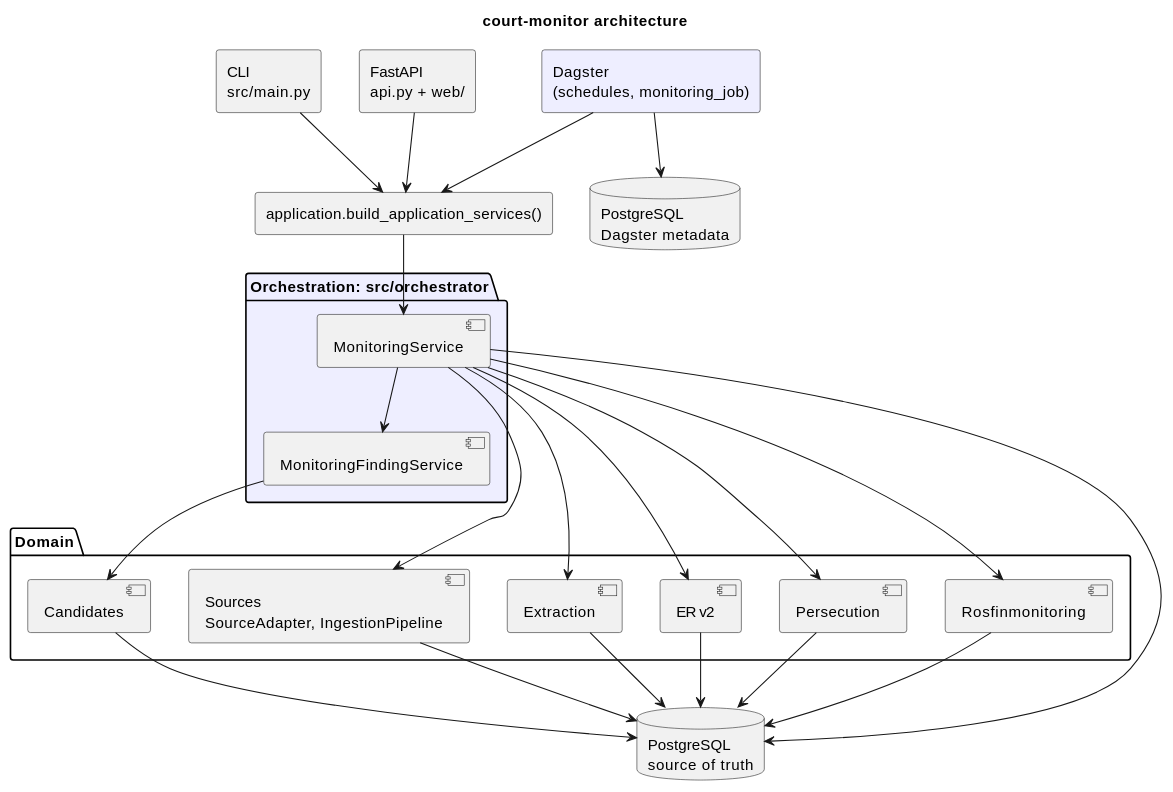
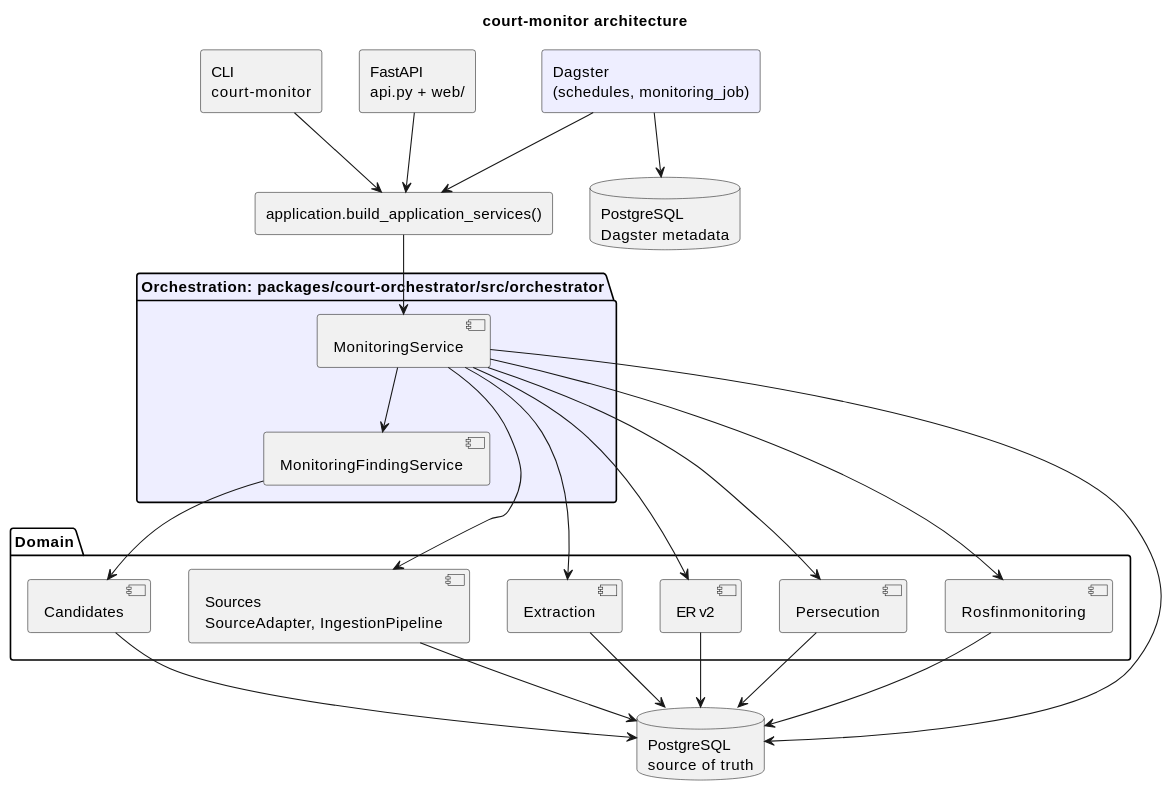
One commit to megannnn98/court-monitor changed the diagram in docs/wiki/Architecture.md. Above: the diagram before and after it, drawn with PlantUML. The commit also changed other lines of this file and 37 other files, not shown here.

````diff
--- a/docs/wiki/Architecture.md
+++ b/docs/wiki/Architecture.md
@@ -33,49 +33,49 @@
 ```plantuml
 @startuml
 title court-monitor architecture
 
 rectangle "Dagster\n(schedules, monitoring_job)" as Dagster #EEF
-rectangle "CLI\nsrc/main.py" as CLI
+rectangle "CLI\ncourt-monitor" as CLI
 rectangle "FastAPI\napi.py + web/" as API
 
 rectangle "application.build_application_services()" as Root
 
-package "Orchestration: src/orchestrator" #EEF {
+package "Orchestration: packages/court-orchestrator/src/orchestrator" #EEF {
   component "MonitoringService" as Monitoring
   component "MonitoringFindingService" as Findings
 }
 
 package "Domain" {
   component "Sources\nSourceAdapter, IngestionPipeline" as Sources
   component "Extraction" as Extraction
   component "ER v2" as ER
   component "Persecution" as Persecution
   component "Rosfinmonitoring" as Rosfin
   component "Candidates" as Candidates
 }
 
 database "PostgreSQL\nsource of truth" as PG
 database "PostgreSQL\nDagster metadata" as DagsterDB
 
 Dagster --> Root
 CLI --> Root
 API --> Root
 Root --> Monitoring
 Monitoring --> Sources
 Monitoring --> Extraction
 Monitoring --> ER
 Monitoring --> Persecution
 Monitoring --> Rosfin
 Monitoring --> Findings
 Findings --> Candidates
 
 Sources --> PG
 Extraction --> PG
 ER --> PG
 Persecution --> PG
 Rosfin --> PG
 Candidates --> PG
 Monitoring --> PG
 Dagster --> DagsterDB
 @enduml
 ```
````
